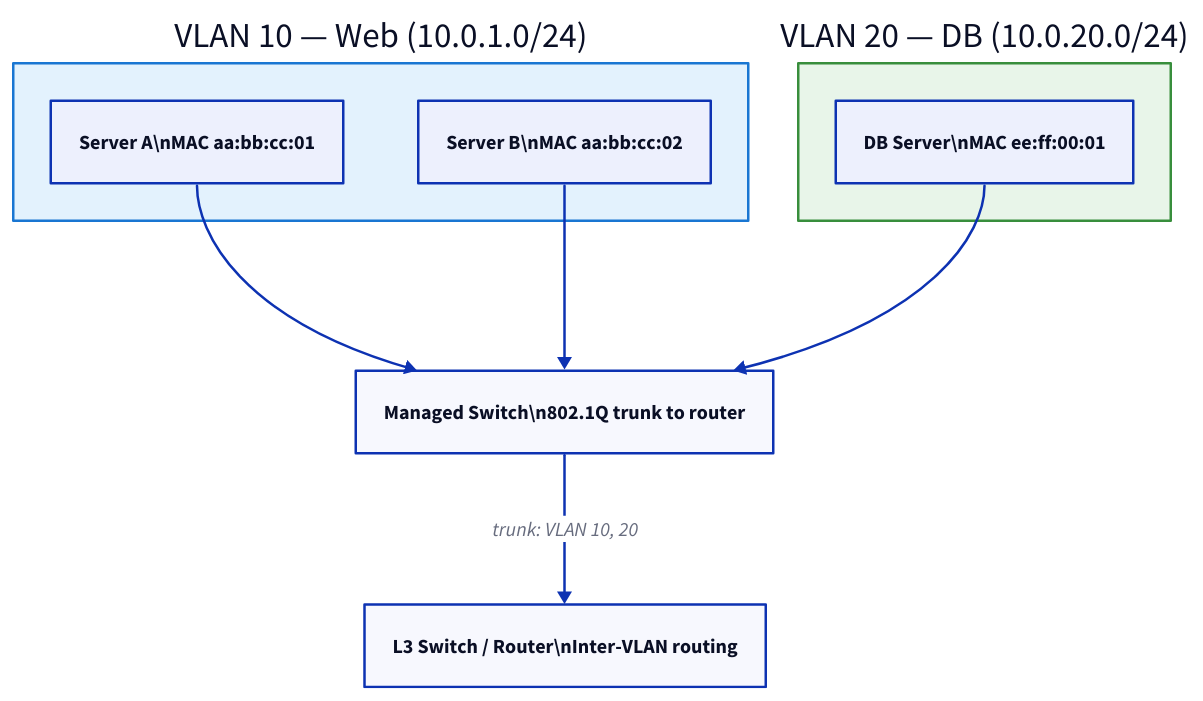
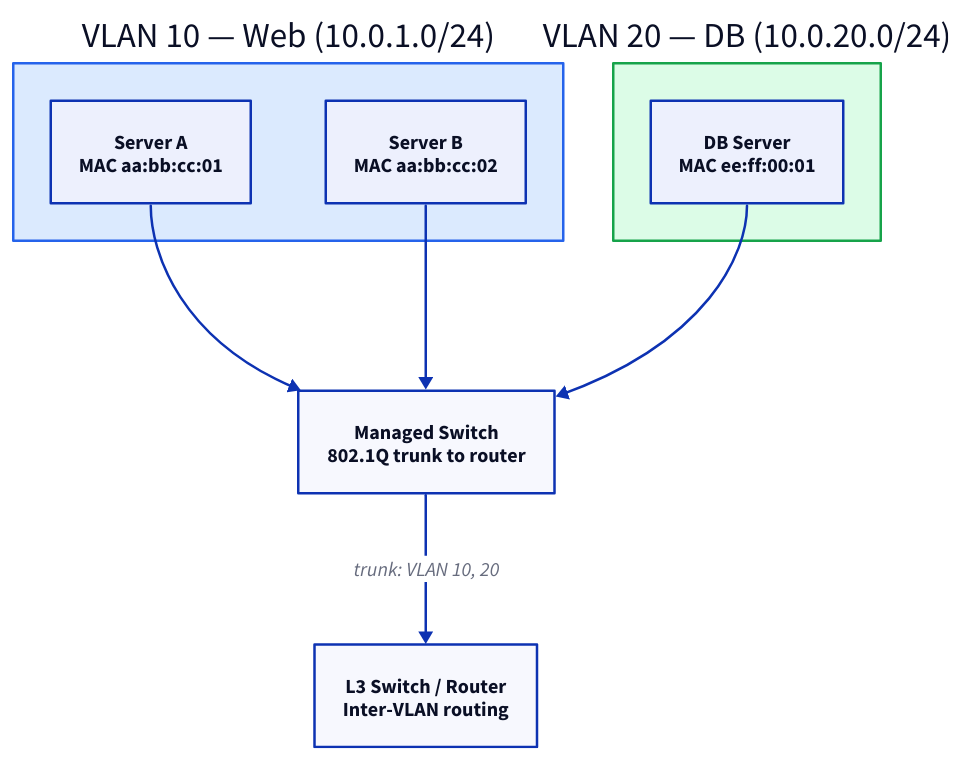
The diagram in docs/networking/ethernet-switching-and-vlans.md (rebash-rebash/rebash-academy), drawn with D2 before and after one commit. The commit also changed 177 other files, not shown here.

First line of the commit message:
Ship Terraform track, diagram polish, and new brand favicon.

````diff
--- a/docs/networking/ethernet-switching-and-vlans.md
+++ b/docs/networking/ethernet-switching-and-vlans.md
@@ -54,25 +54,25 @@
 ```d2
 direction: down
 
 VLAN10: "VLAN 10 — Web (10.0.1.0/24)" {
       style: {
-        fill: "#e3f2fd"
-        stroke: "#1976d2"
+        fill: "#dbeafe"
+        stroke: "#2563eb"
       }
-        S1: "Server A\\nMAC aa:bb:cc:01"
-        S2: "Server B\\nMAC aa:bb:cc:02"
+        S1: "Server A\nMAC aa:bb:cc:01"
+        S2: "Server B\nMAC aa:bb:cc:02"
     }
     VLAN20: "VLAN 20 — DB (10.0.20.0/24)" {
       style: {
-        fill: "#e8f5e9"
-        stroke: "#388e3c"
+        fill: "#dcfce7"
+        stroke: "#16a34a"
       }
-        S3: "DB Server\\nMAC ee:ff:00:01"
+        S3: "DB Server\nMAC ee:ff:00:01"
     }
-    SW: "Managed Switch\\n802.1Q trunk to router"
-    RTR: "L3 Switch / Router\\nInter-VLAN routing"
+    SW: "Managed Switch\n802.1Q trunk to router"
+    RTR: "L3 Switch / Router\nInter-VLAN routing"
     VLAN10.S1 -> SW
     VLAN10.S2 -> SW
     VLAN20.S3 -> SW
     SW -> RTR: "trunk: VLAN 10, 20"
 ```
````
